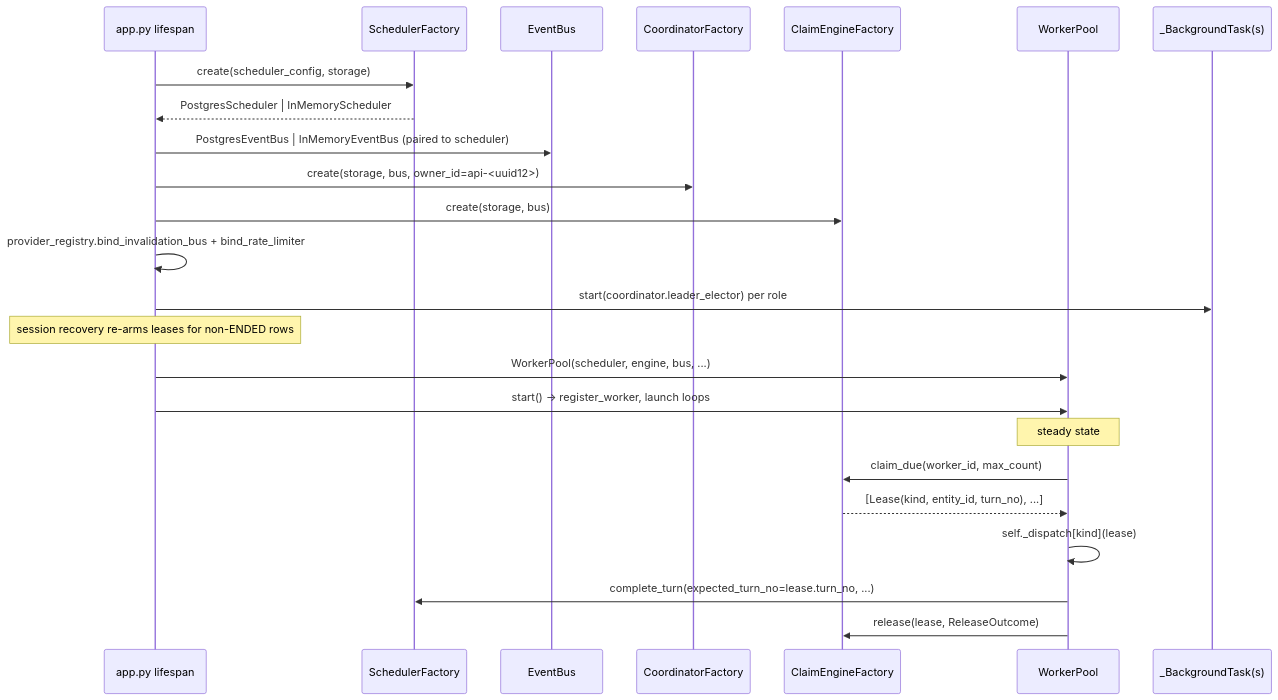
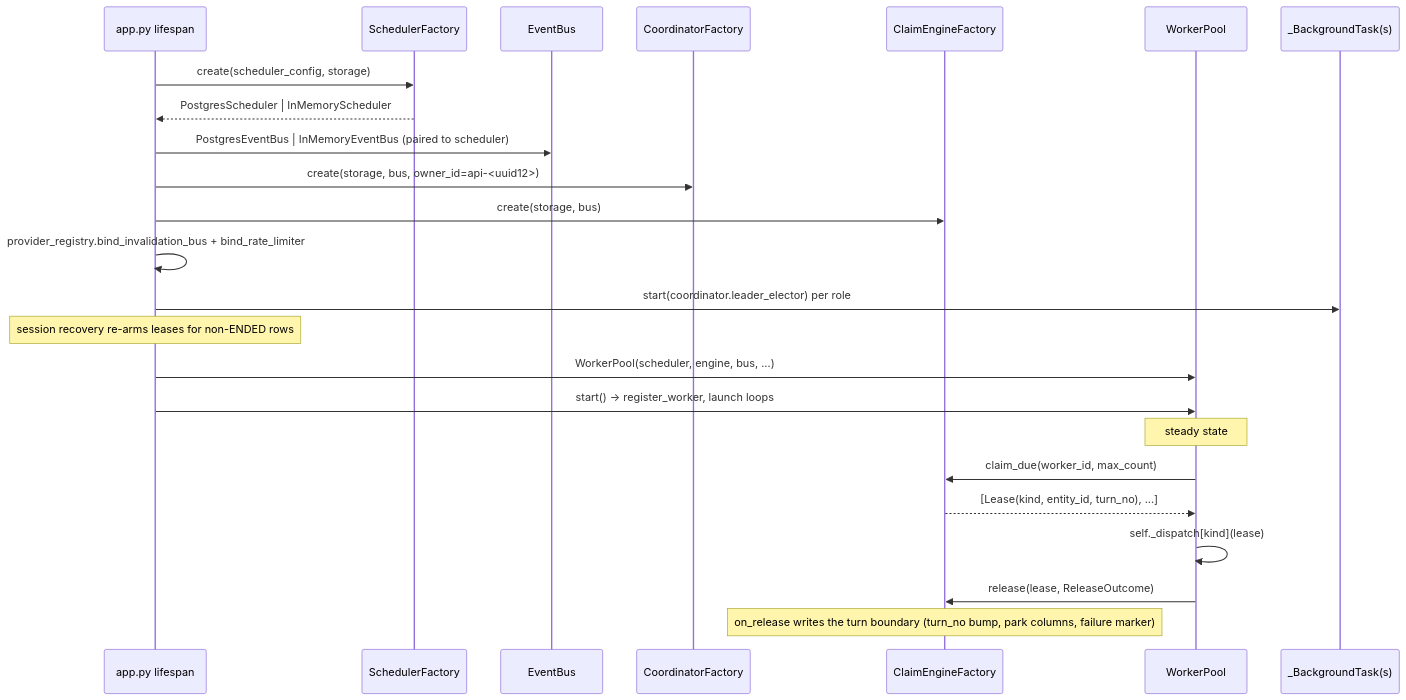
One commit to primerhq/primer changed the second of 3 diagrams in docs/dev/architecture/worker-system.md. Above: the diagram before and after it, drawn with Mermaid. The commit also changed other lines of this file and 495 other files, not shown here.

````diff
--- a/docs/dev/architecture/worker-system.md
+++ b/docs/dev/architecture/worker-system.md
@@ -178,28 +178,28 @@
 ```mermaid
 sequenceDiagram
     participant Lifespan as app.py lifespan
     participant Sched as SchedulerFactory
     participant Bus as EventBus
     participant Coord as CoordinatorFactory
     participant Engine as ClaimEngineFactory
     participant Pool as WorkerPool
     participant BG as _BackgroundTask(s)
 
     Lifespan->>Sched: create(scheduler_config, storage)
     Sched-->>Lifespan: PostgresScheduler | InMemoryScheduler
     Lifespan->>Bus: PostgresEventBus | InMemoryEventBus (paired to scheduler)
     Lifespan->>Coord: create(storage, bus, owner_id=api-<uuid12>)
     Lifespan->>Engine: create(storage, bus)
     Lifespan->>Lifespan: provider_registry.bind_invalidation_bus + bind_rate_limiter
     Lifespan->>BG: start(coordinator.leader_elector) per role
     Note over Lifespan: session recovery re-arms leases for non-ENDED rows
     Lifespan->>Pool: WorkerPool(scheduler, engine, bus, ...)
     Lifespan->>Pool: start() -> register_worker, launch loops
 
     Note over Pool: steady state
     Pool->>Engine: claim_due(worker_id, max_count)
     Engine-->>Pool: [Lease(kind, entity_id, turn_no), ...]
     Pool->>Pool: self._dispatch[kind](lease)
-    Pool->>Sched: complete_turn(expected_turn_no=lease.turn_no, ...)
     Pool->>Engine: release(lease, ReleaseOutcome)
+    Note over Engine: on_release writes the turn boundary (turn_no bump, park columns, failure marker)
 ```
````
